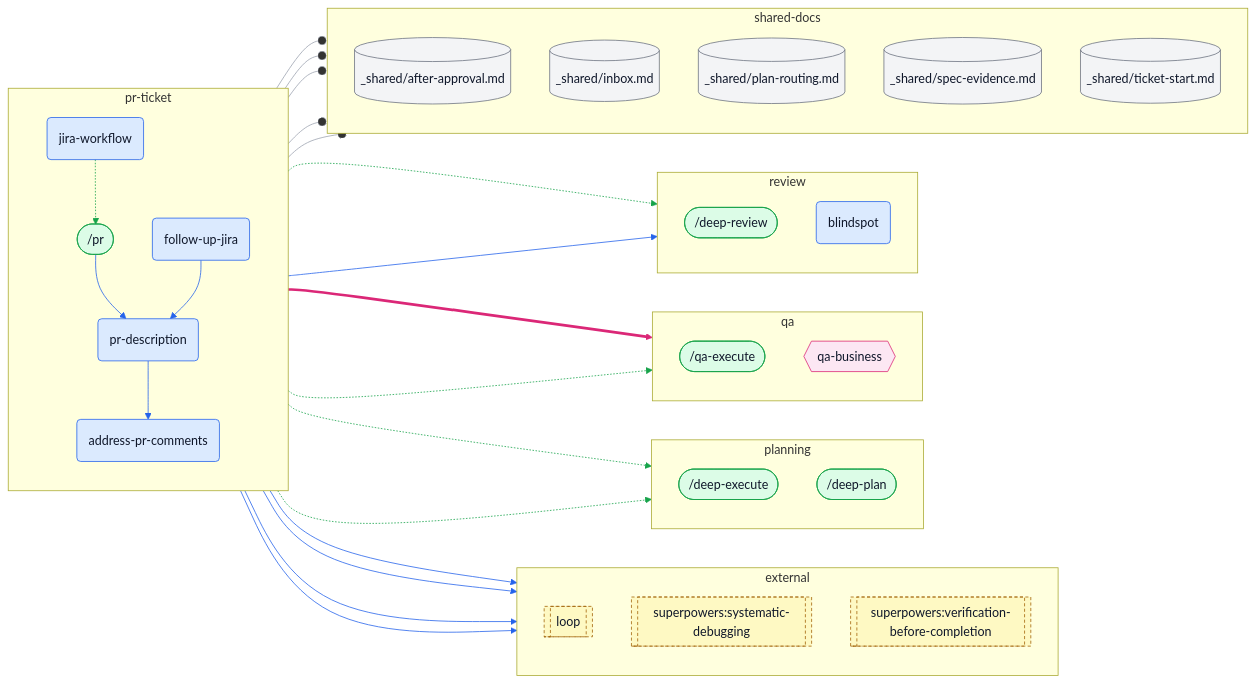
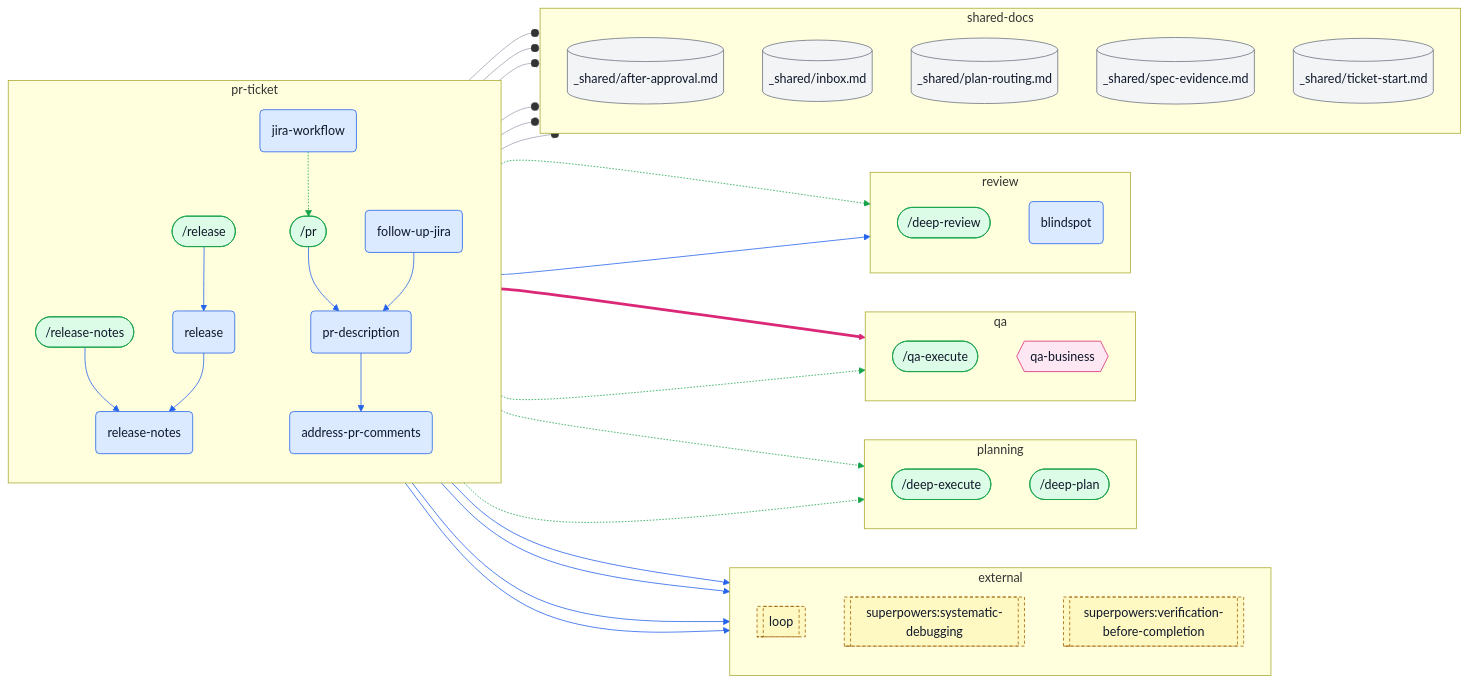
Before and after one commit to ybarsotti/dotfiles: the fifth of 10 diagrams in docs/skills-map.md, drawn with Mermaid. The commit also changed other lines of this file and 6 other files, not shown here.

Commit message:
feat(skills): add release and release-notes for any repo

```diff
--- a/docs/skills-map.md
+++ b/docs/skills-map.md
@@ -452,10 +452,14 @@
   subgraph cl_pr_ticket["pr-ticket"]
     direction TB
     c_pr(["/pr"]):::command
+    c_release(["/release"]):::command
+    c_release_notes(["/release-notes"]):::command
     s_address_pr_comments("address-pr-comments"):::skill
     s_follow_up_jira("follow-up-jira"):::skill
     s_jira_workflow("jira-workflow"):::skill
     s_pr_description("pr-description"):::skill
+    s_release("release"):::skill
+    s_release_notes("release-notes"):::skill
   end
   subgraph cl_qa["qa"]
     direction TB
@@ -476,6 +480,8 @@
     d_ticket_start[("_shared/ticket-start.md")]:::shared
   end
   c_pr --> s_pr_description
+  c_release --> s_release
+  c_release_notes --> s_release_notes
   s_follow_up_jira --> s_pr_description
   s_jira_workflow -.-> c_deep_execute
   s_jira_workflow -.-> c_deep_plan
@@ -494,25 +500,31 @@
   s_pr_description --> s_blindspot
   s_pr_description --> x_loop
   s_pr_description --> x_superpowers_systematic_debugging
+  s_release --> s_release_notes
+  s_release_notes --o d_inbox
   linkStyle 0 stroke:#2563eb
   linkStyle 1 stroke:#2563eb
-  linkStyle 2 stroke:#16a34a
-  linkStyle 3 stroke:#16a34a
+  linkStyle 2 stroke:#2563eb
+  linkStyle 3 stroke:#2563eb
   linkStyle 4 stroke:#16a34a
   linkStyle 5 stroke:#16a34a
-  linkStyle 6 stroke:#9ca3af
-  linkStyle 7 stroke:#9ca3af
+  linkStyle 6 stroke:#16a34a
+  linkStyle 7 stroke:#16a34a
   linkStyle 8 stroke:#9ca3af
-  linkStyle 9 stroke:#2563eb
-  linkStyle 10 stroke:#2563eb
-  linkStyle 11 stroke:#db2777
-  linkStyle 12 stroke:#16a34a
-  linkStyle 13 stroke:#9ca3af
-  linkStyle 14 stroke:#9ca3af
-  linkStyle 15 stroke:#2563eb
-  linkStyle 16 stroke:#2563eb
+  linkStyle 9 stroke:#9ca3af
+  linkStyle 10 stroke:#9ca3af
+  linkStyle 11 stroke:#2563eb
+  linkStyle 12 stroke:#2563eb
+  linkStyle 13 stroke:#db2777
+  linkStyle 14 stroke:#16a34a
+  linkStyle 15 stroke:#9ca3af
+  linkStyle 16 stroke:#9ca3af
   linkStyle 17 stroke:#2563eb
   linkStyle 18 stroke:#2563eb
+  linkStyle 19 stroke:#2563eb
+  linkStyle 20 stroke:#2563eb
+  linkStyle 21 stroke:#2563eb
+  linkStyle 22 stroke:#9ca3af
   classDef skill fill:#dbeafe,stroke:#2563eb,color:#0f172a
   classDef command fill:#dcfce7,stroke:#16a34a,color:#0f172a
   classDef agent fill:#fce7f3,stroke:#db2777,color:#0f172a
```
